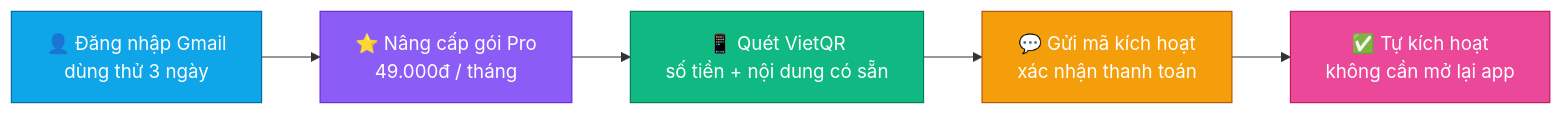
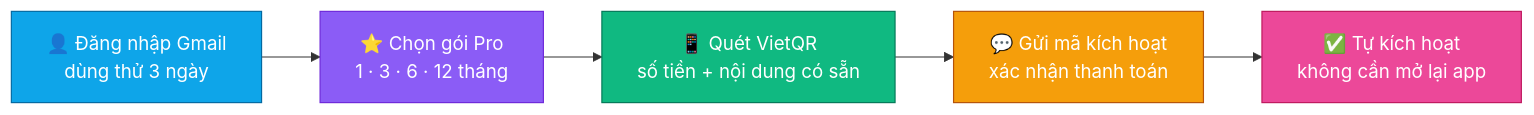
Before and after one commit to mikeTran99/Auto-Link: the fourth of 4 diagrams in README.md, drawn with Mermaid. The commit also changed other lines of this file and 49 other files, not shown here.

Commit message:
docs: trang sản phẩm v8.2.0 — PDF → Mã QR, Google Drive chỉ cần Gmail, gói 1/3/6/12 tháng, bộ cài từng bước; banner + ảnh giao diện mới (dữ liệu mẫu, đã làm mờ thông tin thanh toán)

````diff
--- a/README.md
+++ b/README.md
@@ -394,12 +453,12 @@
 ```mermaid
 flowchart LR
-    A["👤 Đăng nhập Gmail<br/>dùng thử 3 ngày"]:::blue --> B["⭐ Nâng cấp gói Pro<br/>49.000đ / tháng"]:::violet
+    A["👤 Đăng nhập Gmail<br/>dùng thử 3 ngày"]:::blue --> B["⭐ Chọn gói Pro<br/>1 · 3 · 6 · 12 tháng"]:::violet
     B --> C["📱 Quét VietQR<br/>số tiền + nội dung có sẵn"]:::green
     C --> D["💬 Gửi mã kích hoạt<br/>xác nhận thanh toán"]:::amber
     D --> E["✅ Tự kích hoạt<br/>không cần mở lại app"]:::pink
     classDef blue fill:#0EA5E9,stroke:#0369A1,color:#fff
     classDef violet fill:#8B5CF6,stroke:#6D28D9,color:#fff
     classDef green fill:#10B981,stroke:#047857,color:#fff
     classDef amber fill:#F59E0B,stroke:#B45309,color:#fff
     classDef pink fill:#EC4899,stroke:#BE185D,color:#fff
 ```
````
